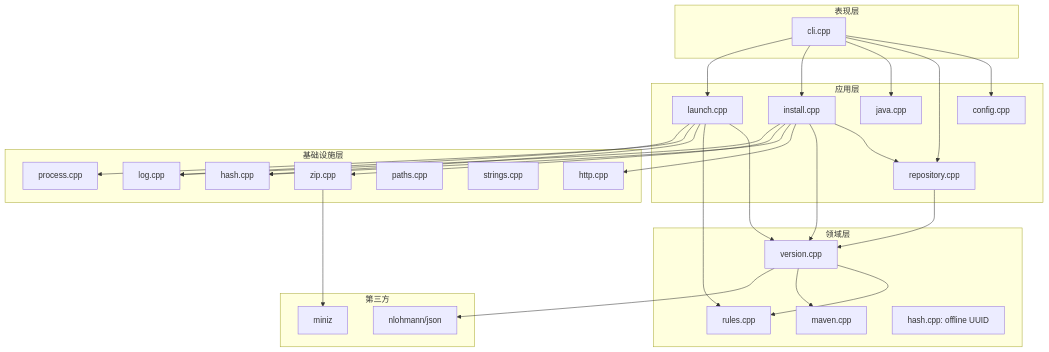
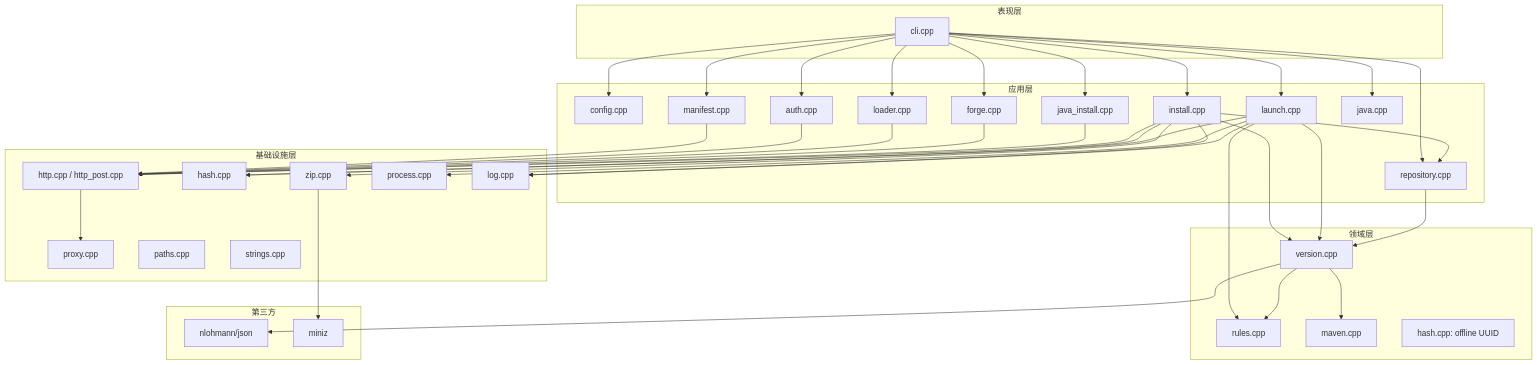
Before and after one commit to yyfdfsyyf-source/AuroraLauncher: the second of 7 diagrams in ARCHITECTURE.md, drawn with Mermaid. The commit also changed other lines of this file and 16 other files, not shown here.

Commit message:
feat: integrate runtimes, Forge, proxy and legacy assets

````diff
--- a/ARCHITECTURE.md
+++ b/ARCHITECTURE.md
@@ -47,54 +62,71 @@
 ```mermaid
 flowchart TB
     subgraph Presentation[表现层]
         CLI[cli.cpp]
     end
     subgraph Application[应用层]
         Config[config.cpp]
         Install[install.cpp]
         Launch[launch.cpp]
         Repo[repository.cpp]
+        Manifest[manifest.cpp]
+        Auth[auth.cpp]
+        Loader[loader.cpp]
+        Forge[forge.cpp]
+        JavaInstall[java_install.cpp]
         Java[java.cpp]
     end
     subgraph Domain[领域层]
         Version[version.cpp]
         Rules[rules.cpp]
         Maven[maven.cpp]
         Account[hash.cpp: offline UUID]
     end
     subgraph Infrastructure[基础设施层]
-        Http[http.cpp]
+        Http[http.cpp / http_post.cpp]
+        Proxy[proxy.cpp]
         Hash[hash.cpp]
         Zip[zip.cpp]
         Process[process.cpp]
         Paths[paths.cpp]
         Strings[strings.cpp]
         Log[log.cpp]
     end
     subgraph ThirdParty[第三方]
         JSON[nlohmann/json]
         Miniz[miniz]
     end
 
     CLI --> Config
     CLI --> Repo
+    CLI --> Manifest
+    CLI --> Auth
+    CLI --> Loader
+    CLI --> Forge
+    CLI --> JavaInstall
     CLI --> Java
     CLI --> Install
     CLI --> Launch
+    Manifest --> Http
+    Auth --> Http
+    Loader --> Http
+    Forge --> Http
+    JavaInstall --> Http
     Install --> Repo
     Install --> Version
     Install --> Http
     Install --> Hash
     Install --> Zip
     Launch --> Version
     Launch --> Rules
     Launch --> Hash
     Launch --> Process
     Repo --> Version
     Version --> Rules
     Version --> Maven
     Version --> JSON
+    Http --> Proxy
     Zip --> Miniz
     Install --> Log
     Launch --> Log
 ```
````
